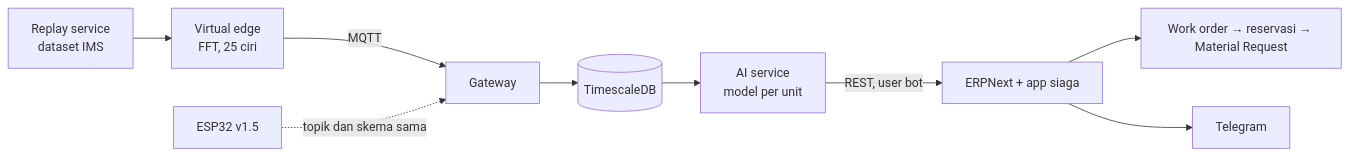
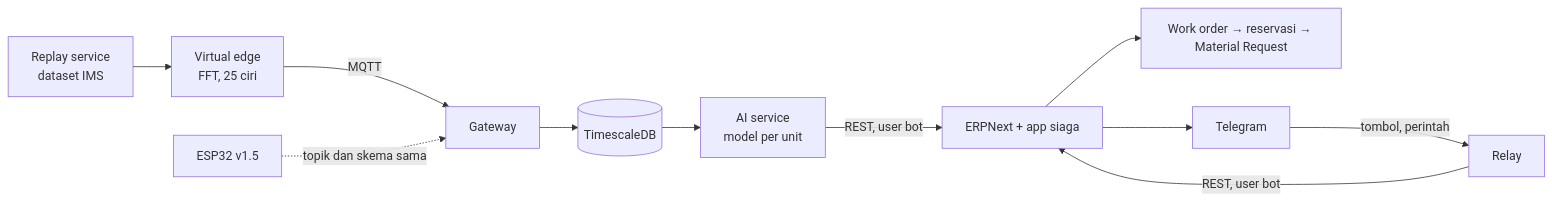
One commit to Toni2411/siaga changed the diagram in README.md. Above: the diagram before and after it, drawn with Mermaid. The commit also changed other lines of this file and 22 other files, not shown here.

````diff
--- a/README.md
+++ b/README.md
@@ -74,11 +78,12 @@
 ```mermaid
 flowchart LR
   A[Replay service<br/>dataset IMS] --> V[Virtual edge<br/>FFT, 25 ciri]
   V -->|MQTT| B[Gateway]
   E2[ESP32 v1.5] -.->|topik dan skema sama| B
   B --> C[(TimescaleDB)]
   C --> D[AI service<br/>model per unit]
   D -->|REST, user bot| E[ERPNext + app siaga]
   E --> F[Work order → reservasi → Material Request]
   E --> T[Telegram]
+  T -->|tombol, perintah| R[Relay] -->|REST, user bot| E
 ```
````
